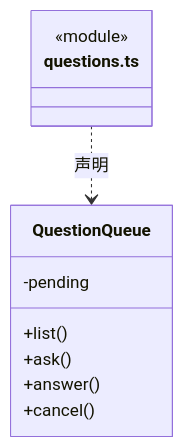
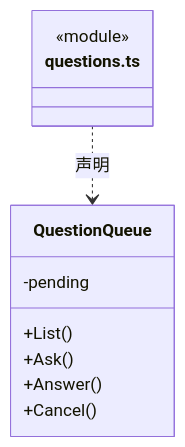
The tenth of 12 diagrams in src/logic/conversation/runtime/ARCHITECTURE.md (nan023062/cbim), drawn with Mermaid before and after one commit. The commit also changed other lines of this file and 1035 other files, not shown here.

````diff
--- a/src/logic/conversation/runtime/ARCHITECTURE.md
+++ b/src/logic/conversation/runtime/ARCHITECTURE.md
@@ -302,14 +302,14 @@
 ```mermaid
 classDiagram
 class N_src_logic_conversation_runtime_questions_ts["questions.ts"] {
   <<module>>
 }
 class N_src_logic_conversation_runtime_questions_ts_QuestionQueue["QuestionQueue"] {
-  +list()
-  +ask()
-  +answer()
-  +cancel()
+  +List()
+  +Ask()
+  +Answer()
+  +Cancel()
   -pending
 }
 N_src_logic_conversation_runtime_questions_ts ..> N_src_logic_conversation_runtime_questions_ts_QuestionQueue : 声明
 ```
````
